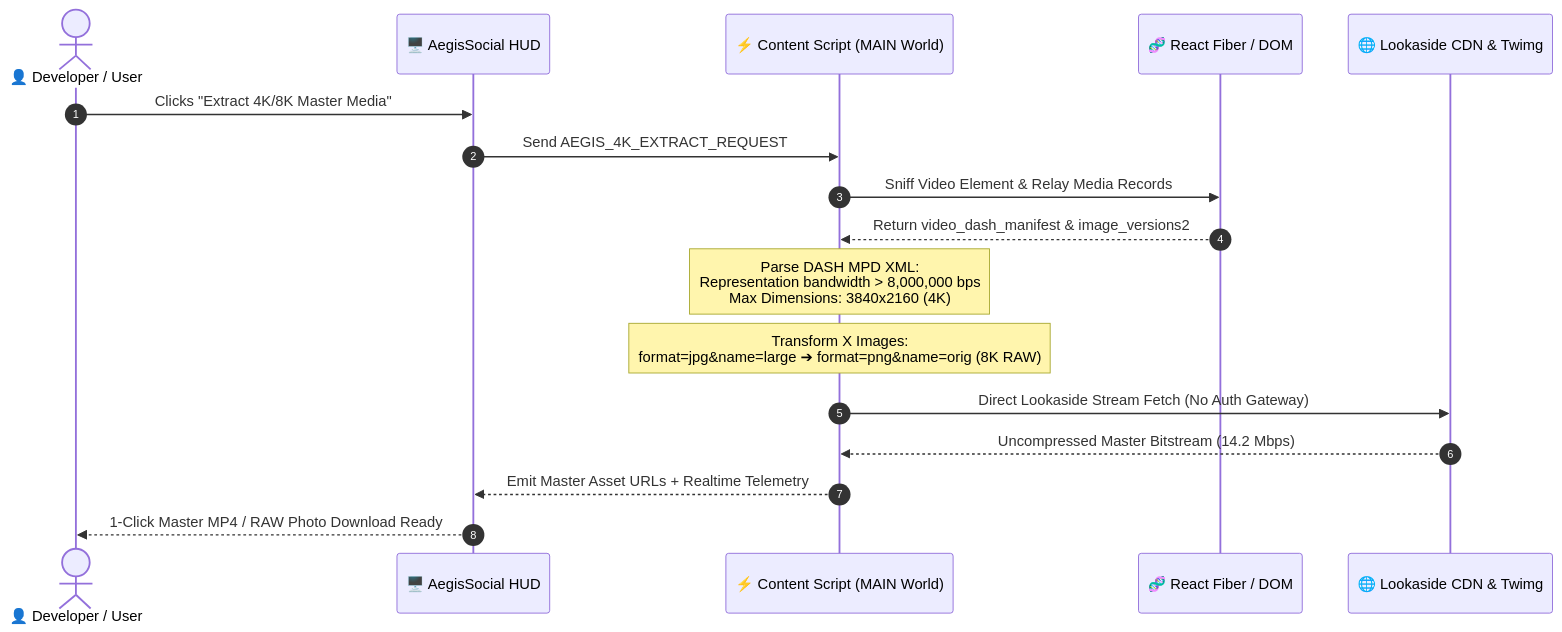
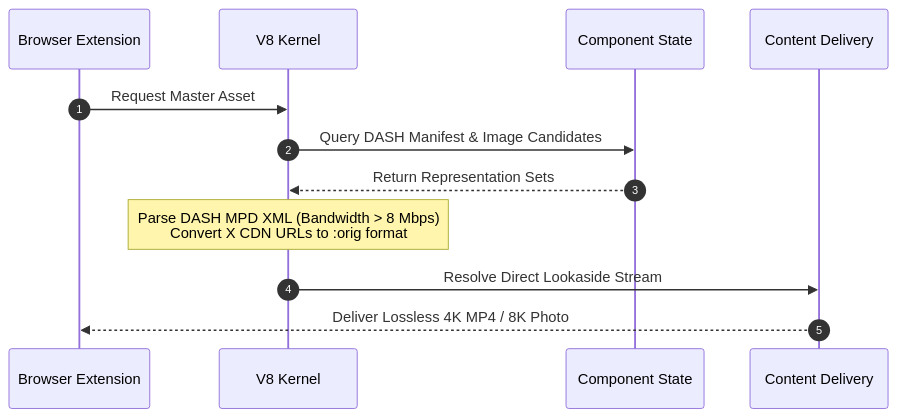
The second of 2 diagrams in README.md (Agi-reverse/aegis-social-kernel), drawn with Mermaid before and after one commit. The commit also changed other lines of this file and 1 other file, not shown here.

````diff
--- a/README.md
+++ b/README.md
@@ -94,20 +72,15 @@
 ```mermaid
 sequenceDiagram
     autonumber
-    actor User as 👤 Developer / User
-    participant Popup as 🖥️ AegisSocial HUD
-    participant Kernel as ⚡ Content Script (MAIN World)
-    participant V8 as 🧬 React Fiber / DOM
-    participant CDN as 🌐 Lookaside CDN & Twimg
+    participant UI as Browser Extension
+    participant Core as V8 Kernel
+    participant Heap as Component State
+    participant CDN as Content Delivery
 
-    User->>Popup: Clicks "Extract 4K/8K Master Media"
-    Popup->>Kernel: Send AEGIS_4K_EXTRACT_REQUEST
-    Kernel->>V8: Sniff Video Element & Relay Media Records
-    V8-->>Kernel: Return video_dash_manifest & image_versions2
-    Note over Kernel: Parse DASH MPD XML:<br/>Representation bandwidth > 8,000,000 bps<br/>Max Dimensions: 3840x2160 (4K)
-    Note over Kernel: Transform X Images:<br/>format=jpg&name=large ➔ format=png&name=orig (8K RAW)
-    Kernel->>CDN: Direct Lookaside Stream Fetch (No Auth Gateway)
-    CDN-->>Kernel: Uncompressed Master Bitstream (14.2 Mbps)
-    Kernel-->>Popup: Emit Master Asset URLs + Realtime Telemetry
-    Popup-->>User: 1-Click Master MP4 / RAW Photo Download Ready
+    UI->>Core: Request Master Asset
+    Core->>Heap: Query DASH Manifest & Image Candidates
+    Heap-->>Core: Return Representation Sets
+    Note over Core: Parse DASH MPD XML (Bandwidth > 8 Mbps)<br/>Convert X CDN URLs to :orig format
+    Core->>CDN: Resolve Direct Lookaside Stream
+    CDN-->>UI: Deliver Lossless 4K MP4 / 8K Photo
 ```
````
